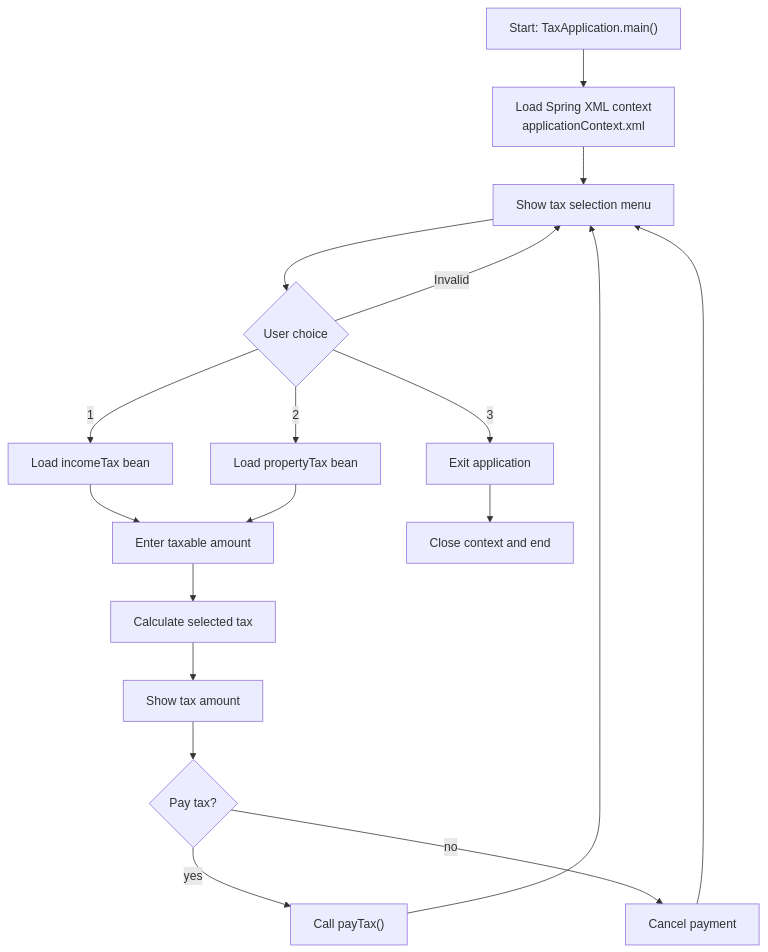
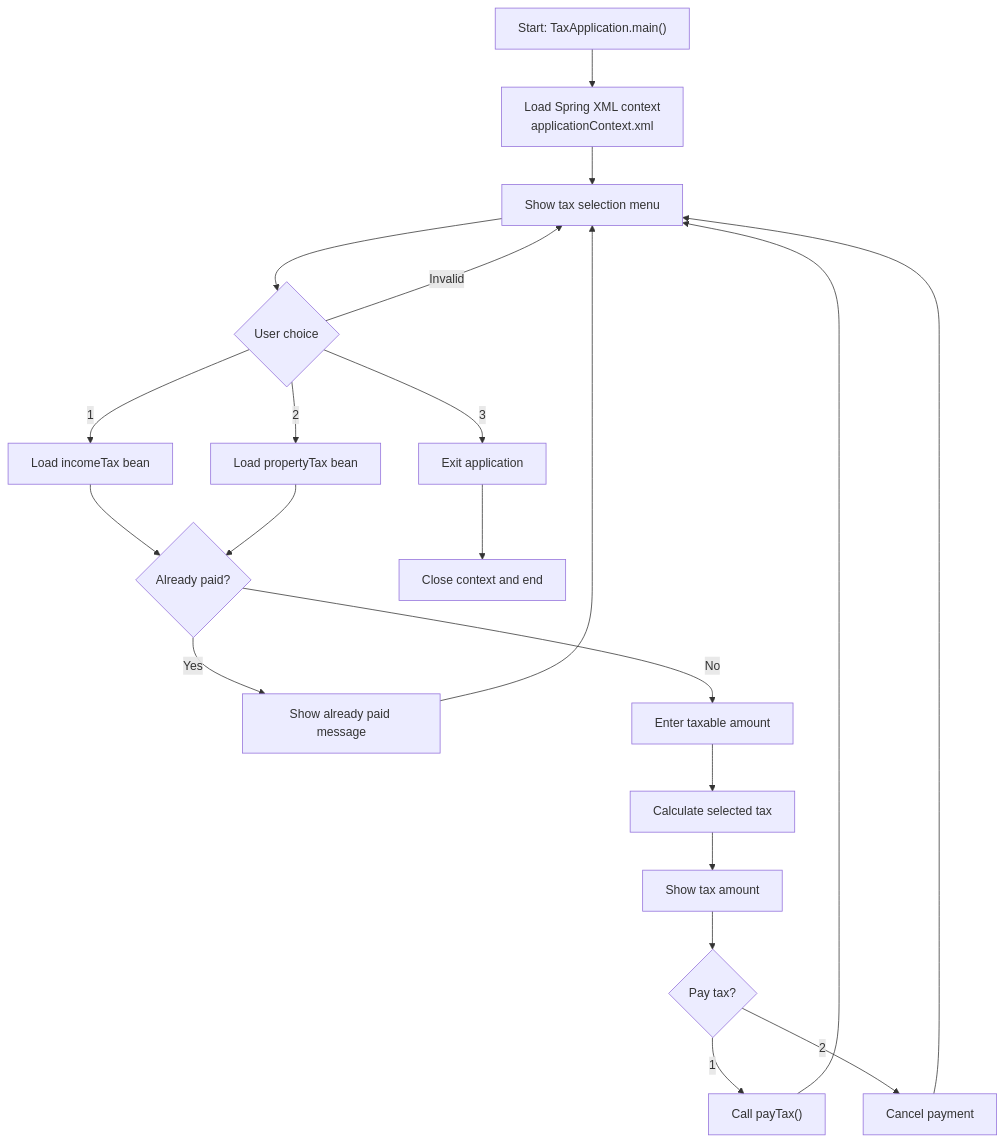
Before and after one commit to bipin-verma/spring-tax-calculator: the diagram in README.md, drawn with Mermaid. The commit also changed other lines of this file and 2 other files, not shown here.

Commit message:
Implement v3 payment status tracking

````diff
--- a/README.md
+++ b/README.md
@@ -40,20 +41,23 @@
 ```mermaid
 flowchart TD
     A["Start: TaxApplication.main()"] --> B["Load Spring XML context<br/>applicationContext.xml"]
     B --> C["Show tax selection menu"]
     C --> D{"User choice"}
     D -->|"1"| E["Load incomeTax bean"]
     D -->|"2"| F["Load propertyTax bean"]
-    D -->|"3"| M["Exit application"]
+    D -->|"3"| O["Exit application"]
     D -->|"Invalid"| C
-    E --> G["Enter taxable amount"]
+    E --> G{"Already paid?"}
     F --> G
-    G --> H["Calculate selected tax"]
-    H --> I["Show tax amount"]
-    I --> J{"Pay tax?"}
-    J -->|"yes"| K["Call payTax()"]
-    J -->|"no"| L["Cancel payment"]
-    K --> C
-    L --> C
-    M --> N["Close context and end"]
+    G -->|"Yes"| H["Show already paid message"]
+    G -->|"No"| I["Enter taxable amount"]
+    I --> J["Calculate selected tax"]
+    J --> K["Show tax amount"]
+    K --> L{"Pay tax?"}
+    L -->|"1"| M["Call payTax()"]
+    L -->|"2"| N["Cancel payment"]
+    H --> C
+    M --> C
+    N --> C
+    O --> P["Close context and end"]
 ```
````
